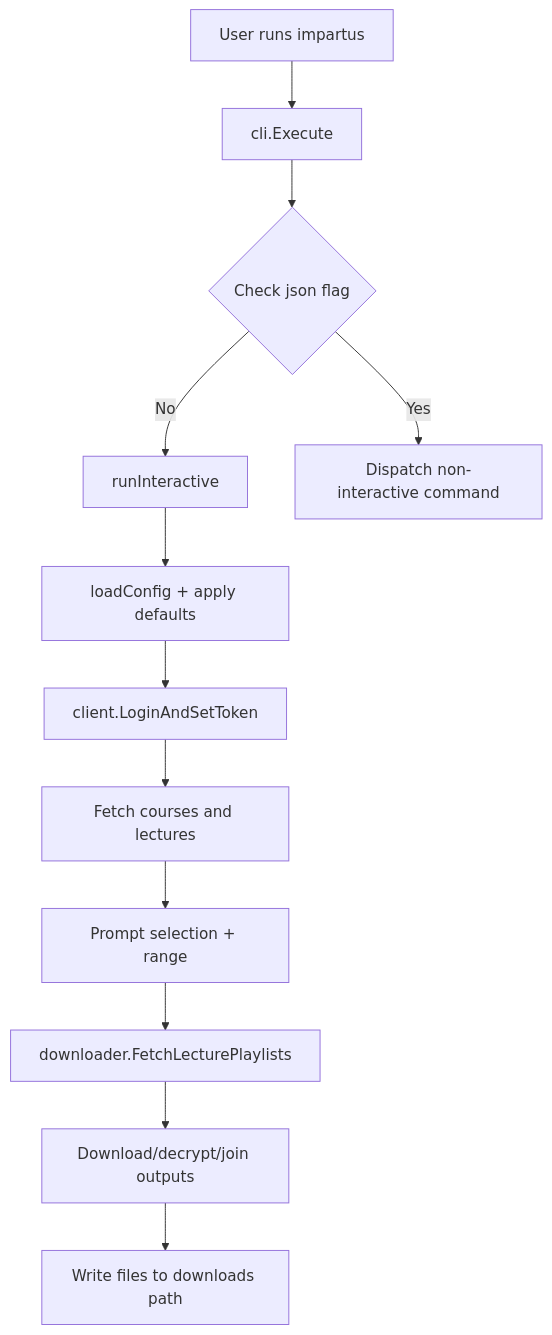
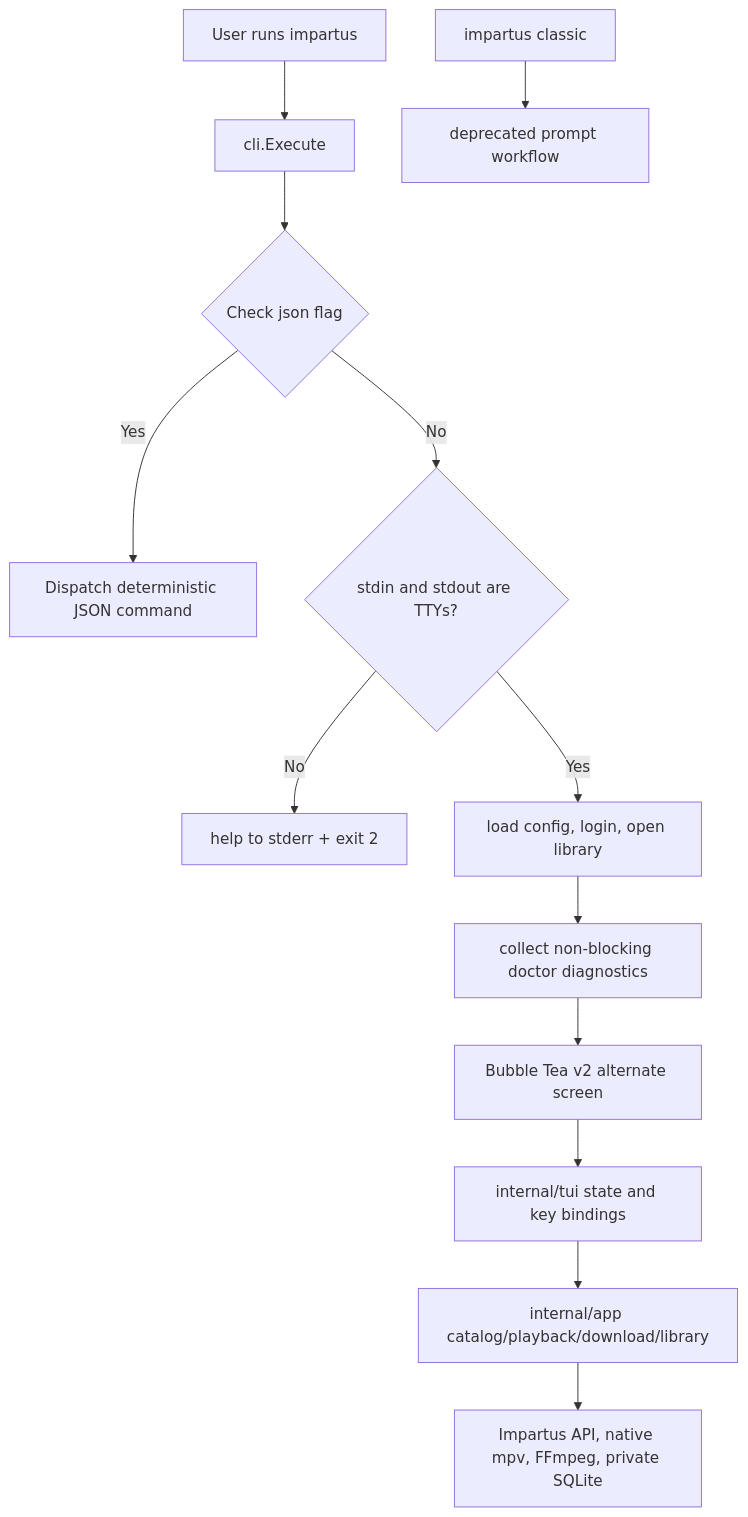
Before and after one commit to rabesss/impartus-cli: the first of 6 diagrams in docs/architecture.md, drawn with Mermaid. The commit also changed other lines of this file and 31 other files, not shown here.

Commit message:
feat(cli): add Bubble Tea lecture workspace

````diff
--- a/docs/architecture.md
+++ b/docs/architecture.md
@@ -25,14 +28,15 @@
 ```mermaid
 flowchart TD
   A[User runs impartus] --> B[cli.Execute]
   B --> C{Check json flag}
-  C -- No --> D[runInteractive]
-  D --> E[loadConfig + apply defaults]
-  E --> F[client.LoginAndSetToken]
-  F --> G[Fetch courses and lectures]
-  G --> H[Prompt selection + range]
-  H --> I[downloader.FetchLecturePlaylists]
-  I --> J[Download/decrypt/join outputs]
-  J --> K[Write files to downloads path]
-  C -- Yes --> L[Dispatch non-interactive command]
+  C -- Yes --> L[Dispatch deterministic JSON command]
+  C -- No --> D{stdin and stdout are TTYs?}
+  D -- No --> E[help to stderr + exit 2]
+  D -- Yes --> F[load config, login, open library]
+  F --> G[collect non-blocking doctor diagnostics]
+  G --> H[Bubble Tea v2 alternate screen]
+  H --> I[internal/tui state and key bindings]
+  I --> J[internal/app catalog/playback/download/library]
+  J --> K[Impartus API, native mpv, FFmpeg, private SQLite]
+  M[impartus classic] --> N[deprecated prompt workflow]
 ```
````
